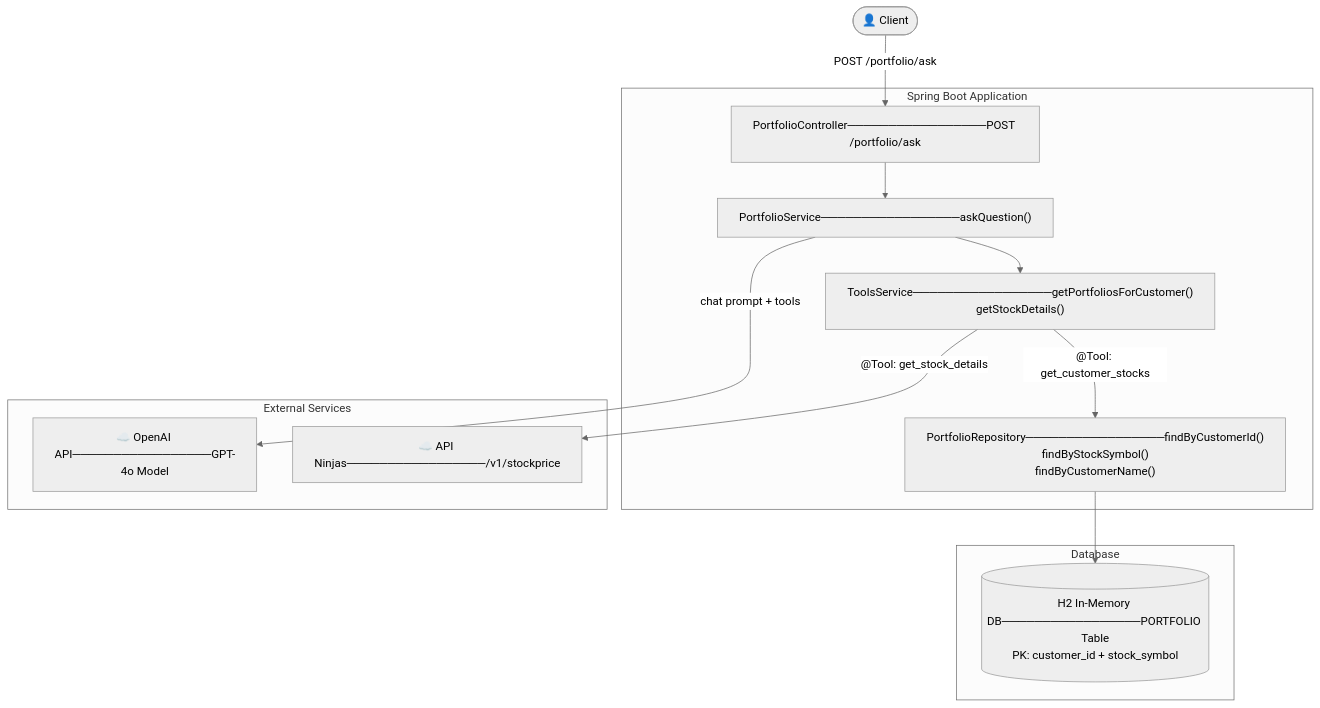
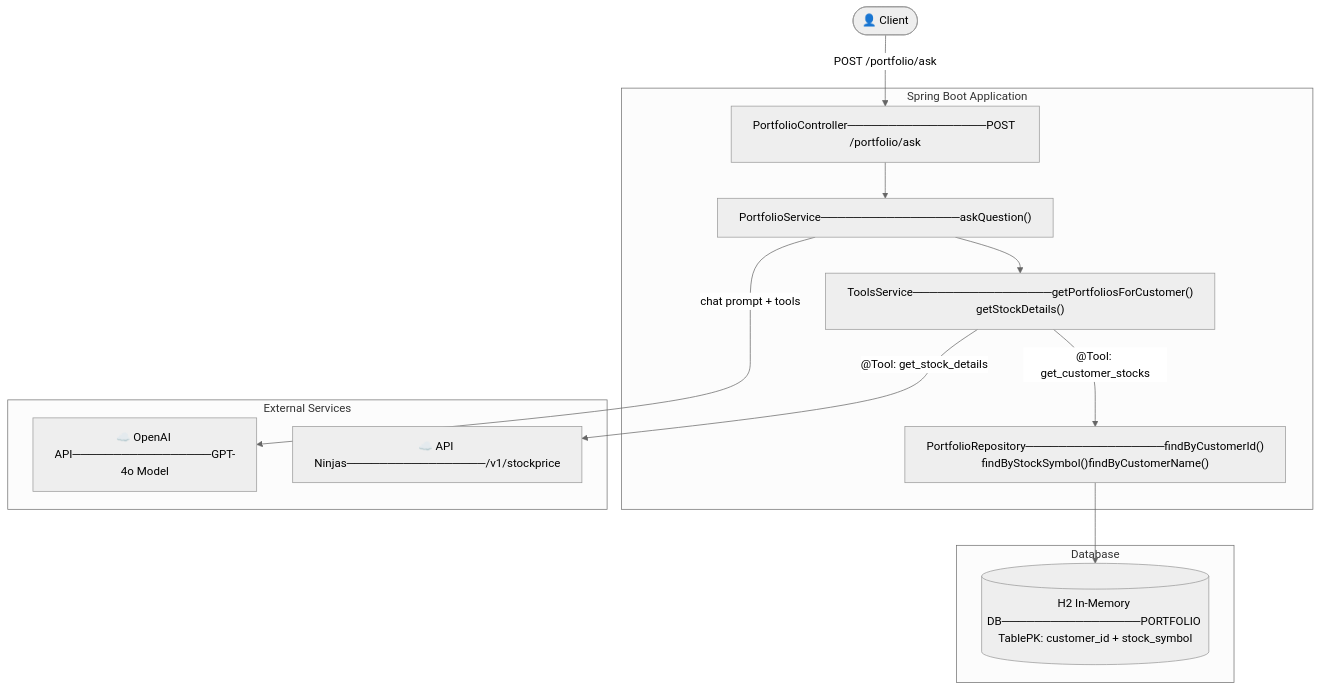
One commit to n-kishore1983/my-stock-portfolio changed the first of 5 diagrams in README.md. Above: the diagram before and after it, drawn with Mermaid (neutral theme).

Commit message:
Read me file

````diff
--- a/README.md
+++ b/README.md
@@ -10,28 +10,28 @@
 ```mermaid
 graph TD
     Client(["👤 Client"])
 
     subgraph Spring Boot Application
         PC["PortfolioController─────────────────POST /portfolio/ask"]
         PS["PortfolioService─────────────────askQuestion()"]
         TS["ToolsService─────────────────getPortfoliosForCustomer()\ngetStockDetails()"]
-        PR["PortfolioRepository─────────────────findByCustomerId()\nfindByStockSymbol()\nfindByCustomerName()"]
+        PR["PortfolioRepository─────────────────findByCustomerId()\nfindByStockSymbol()findByCustomerName()"]
     end
 
     subgraph Database
-        H2[("H2 In-Memory DB─────────────────PORTFOLIO Table\nPK: customer_id + stock_symbol")]
+        H2[("H2 In-Memory DB─────────────────PORTFOLIO TablePK: customer_id + stock_symbol")]
     end
 
     subgraph External Services
         OAI["☁️ OpenAI API─────────────────GPT-4o Model"]
         AN["☁️ API Ninjas─────────────────/v1/stockprice"]
     end
 
     Client -->|"POST /portfolio/ask"| PC
     PC --> PS
     PS -->|"chat prompt + tools"| OAI
     PS --> TS
     TS -->|"@Tool: get_customer_stocks"| PR
     TS -->|"@Tool: get_stock_details"| AN
     PR --> H2
 ```
````
